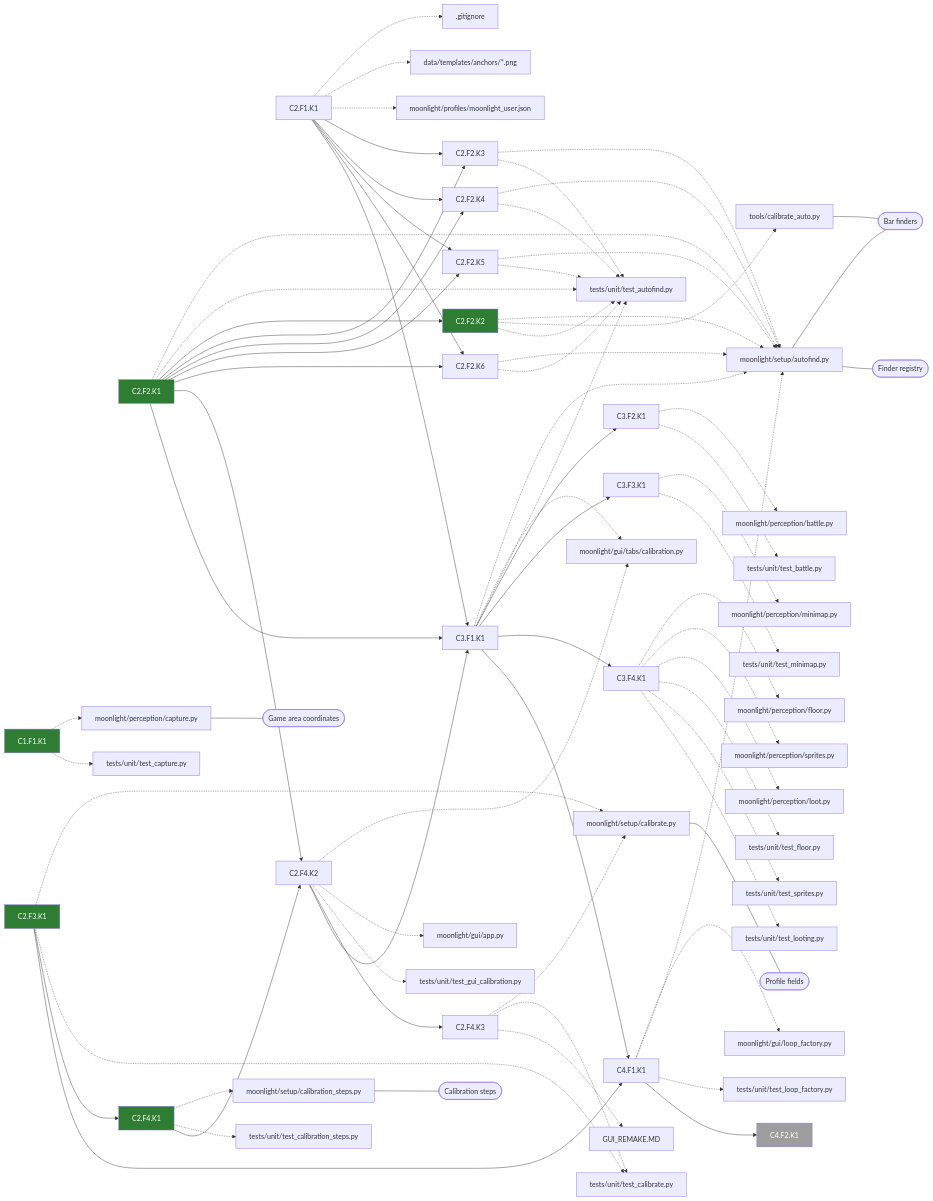
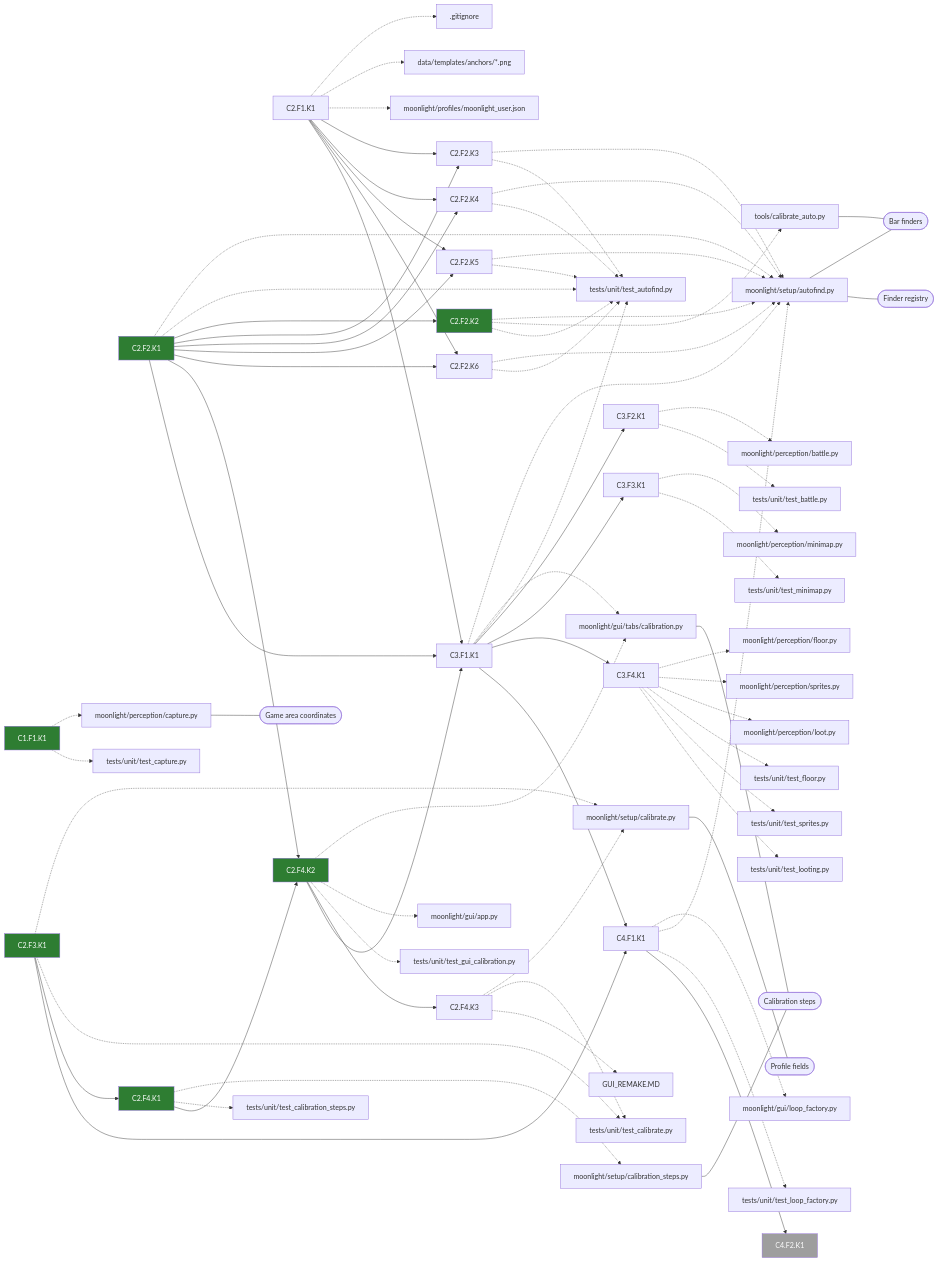
One commit to Mascotte33/Moonlight changed the diagram in docs/prs/gui-calibration.md. Above: the diagram before and after it, drawn with Mermaid. The commit also changed 4 other files, not shown here.

```diff
--- a/docs/prs/gui-calibration.md
+++ b/docs/prs/gui-calibration.md
@@ -80,7 +80,7 @@
   t7["C2.F2.K6"]
   t8["C2.F3.K1"]:::done
   t9["C2.F4.K1"]:::done
-  t10["C2.F4.K2"]
+  t10["C2.F4.K2"]:::done
   t11["C2.F4.K3"]
   t12["C3.F1.K1"]
   t13["C3.F2.K1"]
@@ -187,6 +187,7 @@
   t16 -.-> f13
   t16 -.-> f23
   t16 --> t17
+  f5 --- c1
   f7 --- c3
   f13 --- c0
   f13 --- c2
```
